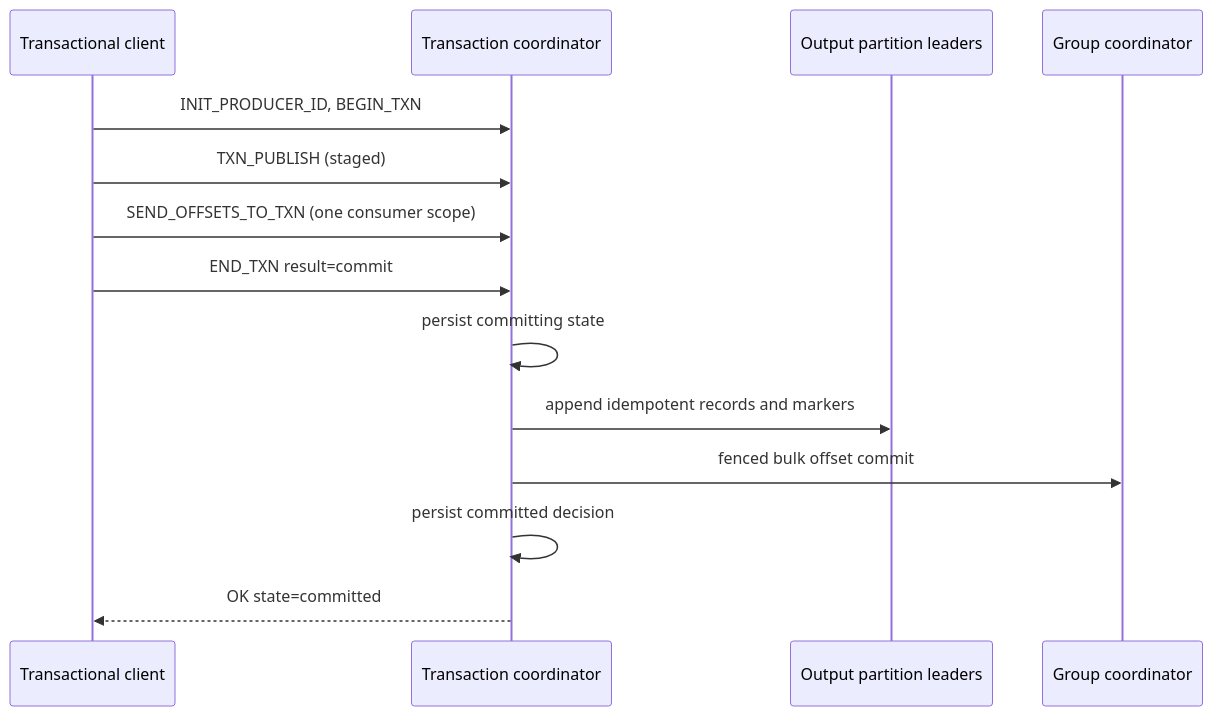
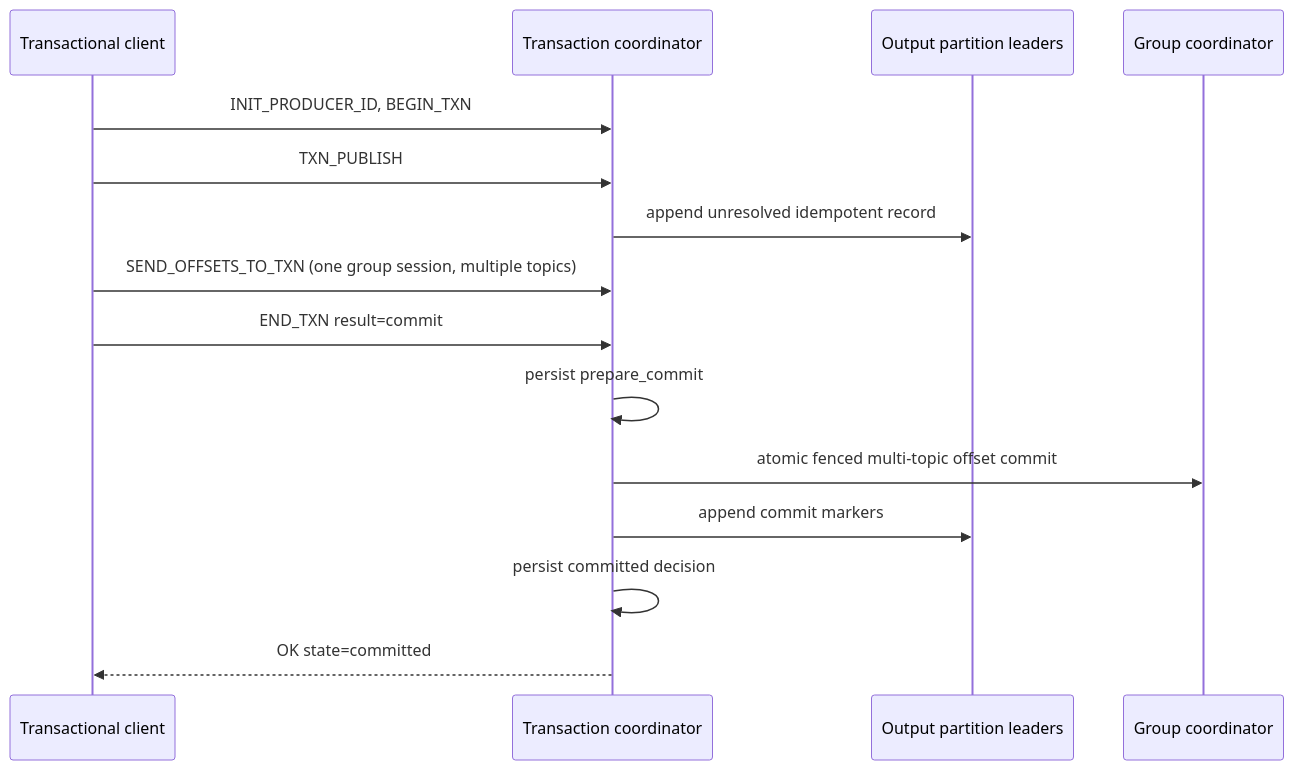
One commit to cursus-io/cursus changed the third of 3 diagrams in docs/core/message-flow.md. Above: the diagram before and after it, drawn with Mermaid. The commit also changed other lines of this file and 76 other files, not shown here.

````diff
--- a/docs/core/message-flow.md
+++ b/docs/core/message-flow.md
@@ -58,17 +58,18 @@
 ```mermaid
 sequenceDiagram
     participant C as Transactional client
     participant X as Transaction coordinator
     participant P as Output partition leaders
     participant G as Group coordinator
 
     C->>X: INIT_PRODUCER_ID, BEGIN_TXN
-    C->>X: TXN_PUBLISH (staged)
-    C->>X: SEND_OFFSETS_TO_TXN (one consumer scope)
+    C->>X: TXN_PUBLISH
+    X->>P: append unresolved idempotent record
+    C->>X: SEND_OFFSETS_TO_TXN (one group session, multiple topics)
     C->>X: END_TXN result=commit
-    X->>X: persist committing state
-    X->>P: append idempotent records and markers
-    X->>G: fenced bulk offset commit
+    X->>X: persist prepare_commit
+    X->>G: atomic fenced multi-topic offset commit
+    X->>P: append commit markers
     X->>X: persist committed decision
     X-->>C: OK state=committed
 ```
````
